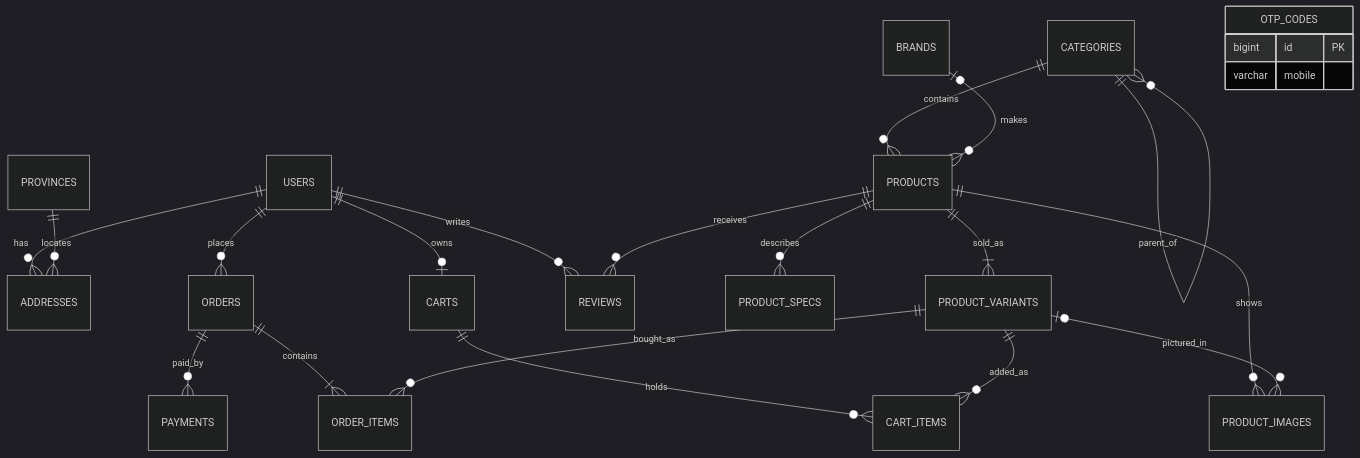
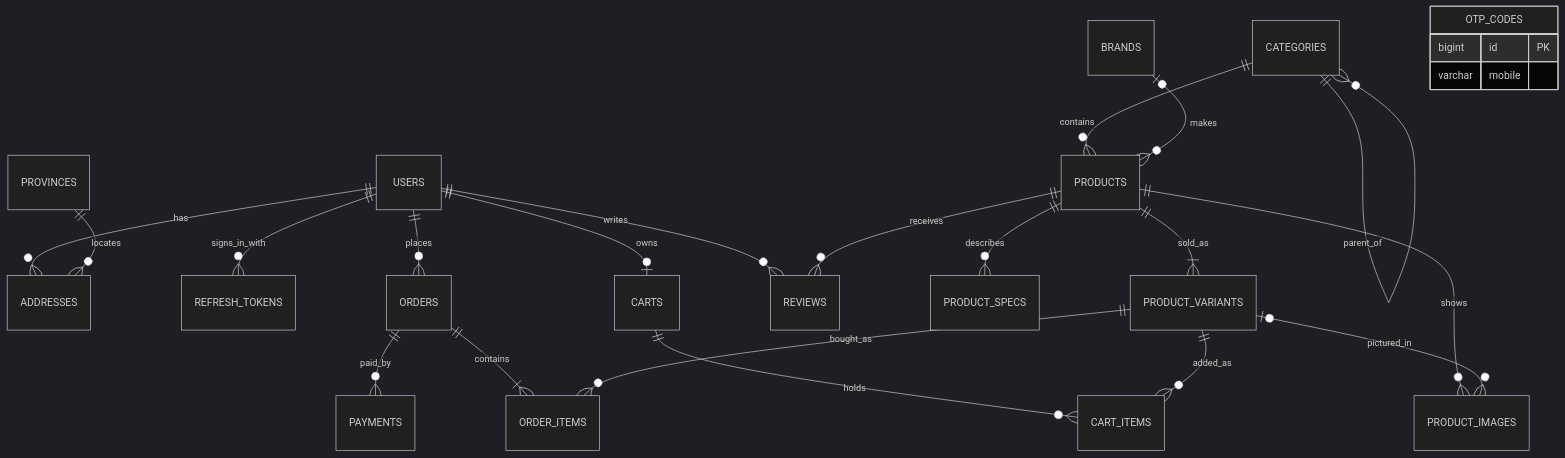
Before and after one commit to AliTaleshi/kalamet: the first of 7 diagrams in docs/database.md, drawn with Mermaid (dark theme). The commit also changed other lines of this file and 27 other files, not shown here.

First line of the commit message:
feat(user): add SMS sign-in, rotating refresh tokens, profile and addresses

````diff
--- a/docs/database.md
+++ b/docs/database.md
@@ -22,25 +23,26 @@
 ```mermaid
 erDiagram
   USERS ||--o{ ADDRESSES : has
   PROVINCES ||--o{ ADDRESSES : locates
+  USERS ||--o{ REFRESH_TOKENS : signs_in_with
   USERS ||--o| CARTS : owns
   USERS ||--o{ ORDERS : places
   USERS ||--o{ REVIEWS : writes
   CATEGORIES ||--o{ CATEGORIES : parent_of
   CATEGORIES ||--o{ PRODUCTS : contains
   BRANDS |o--o{ PRODUCTS : makes
   PRODUCTS ||--o{ PRODUCT_SPECS : describes
   PRODUCTS ||--|{ PRODUCT_VARIANTS : sold_as
   PRODUCTS ||--o{ PRODUCT_IMAGES : shows
   PRODUCT_VARIANTS |o--o{ PRODUCT_IMAGES : pictured_in
   PRODUCTS ||--o{ REVIEWS : receives
   CARTS ||--o{ CART_ITEMS : holds
   PRODUCT_VARIANTS ||--o{ CART_ITEMS : added_as
   ORDERS ||--|{ ORDER_ITEMS : contains
   PRODUCT_VARIANTS ||--o{ ORDER_ITEMS : bought_as
   ORDERS ||--o{ PAYMENTS : paid_by
   OTP_CODES {
     bigint id PK
     varchar mobile
   }
 ```
````
